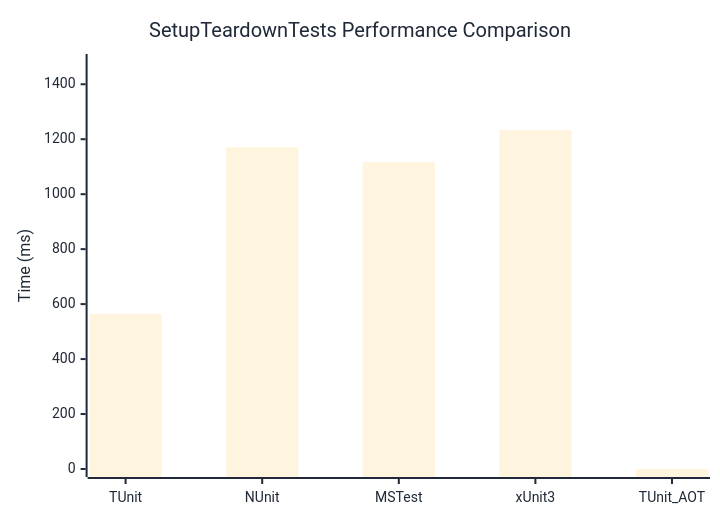
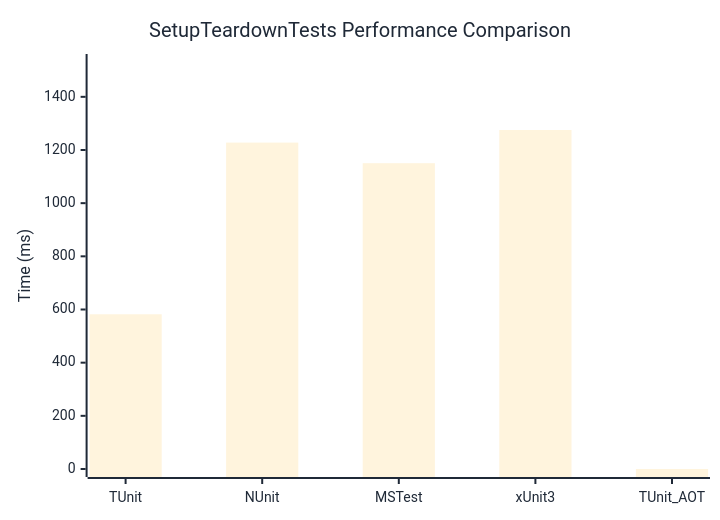
Before and after one commit to thomhurst/TUnit: the diagram in docs/docs/benchmarks/SetupTeardownTests.md, drawn with Mermaid. The commit also changed other lines of this file and 17 other files, not shown here.

````diff
--- a/docs/docs/benchmarks/SetupTeardownTests.md
+++ b/docs/docs/benchmarks/SetupTeardownTests.md
@@ -27,37 +27,37 @@
 ```mermaid
 %%{init: {
   'theme':'base',
   'themeVariables': {
     'primaryColor': '#2563eb',
     'primaryTextColor': '#1f2937',
     'primaryBorderColor': '#1e40af',
     'lineColor': '#6b7280',
     'secondaryColor': '#7c3aed',
     'tertiaryColor': '#dc2626',
     'background': '#ffffff',
     'mainBkg': '#2563eb',
     'secondBkg': '#7c3aed',
     'tertiaryBkg': '#dc2626',
     'clusterBkg': '#f3f4f6',
     'edgeLabelBackground': '#ffffff',
     'tertiaryTextColor': '#1f2937',
     'pie1': '#2563eb',
     'pie2': '#7c3aed',
     'pie3': '#dc2626',
     'pie4': '#f59e0b',
     'pie5': '#10b981',
     'pie6': '#06b6d4',
     'pie7': '#ec4899',
     'pie8': '#6366f1',
     'pie9': '#84cc16',
     'pie10': '#f97316',
     'pie11': '#14b8a6',
     'pie12': '#a855f7'
   }
 }}%%
 xychart-beta
   title "SetupTeardownTests Performance Comparison"
   x-axis ["TUnit", "NUnit", "MSTest", "xUnit3", "TUnit_AOT"]
-  y-axis "Time (ms)" 0 --> 1481
-  bar [565.1, 1170.4, 1117, 1233.9, 0]
+  y-axis "Time (ms)" 0 --> 1531
+  bar [582, 1227.8, 1150.4, 1275.3, 0]
 ```
````
